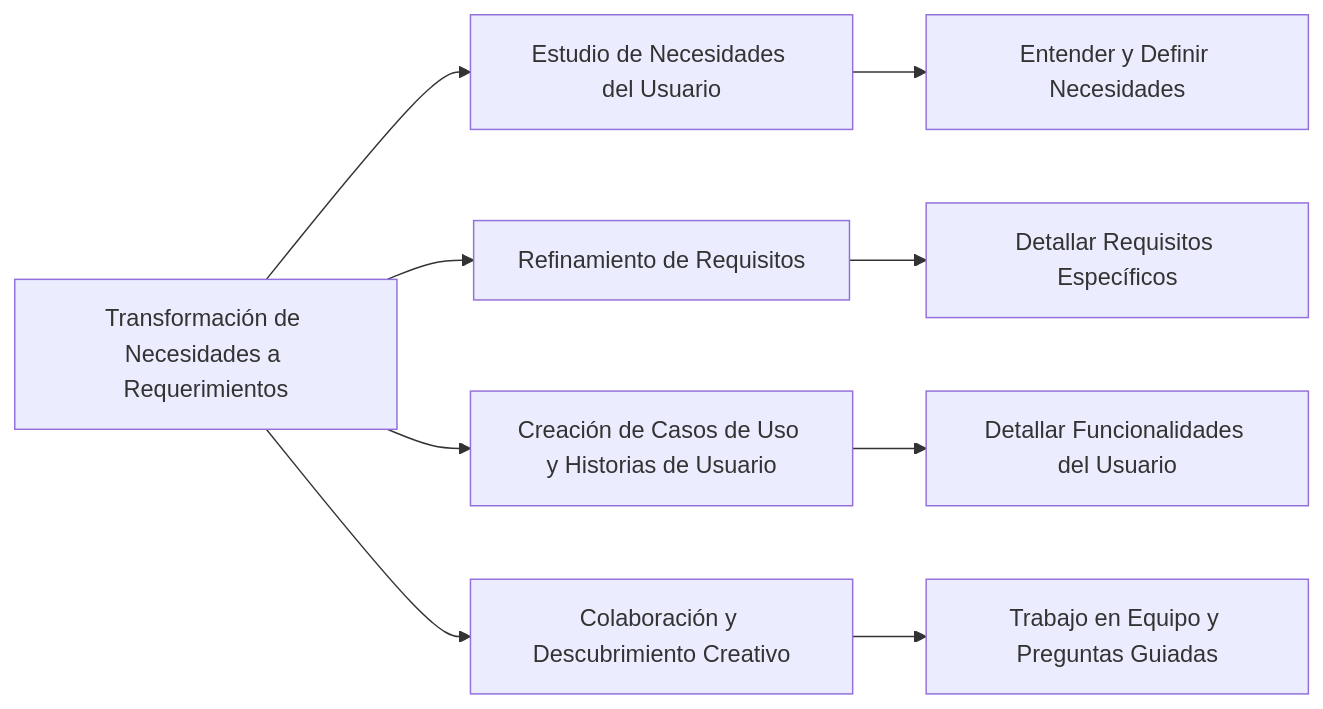
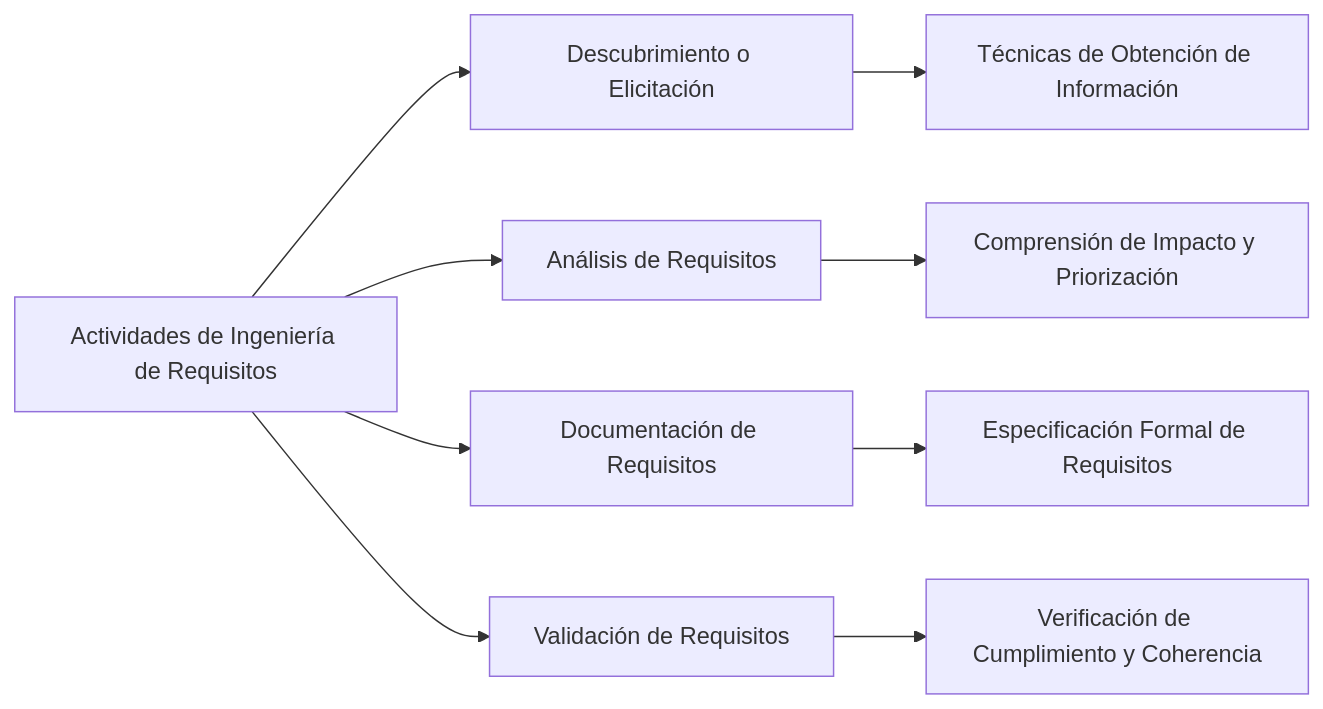
Before and after one commit to IngenieriaDeRequerimientosDaVinci/preguntas: the diagram in Unidad 1/Cómo se transforma una necesidad del usuario en un requerimiento de software/Pregunta.md, drawn with Mermaid. The commit also changed other lines of this file and 42 other files, not shown here.

````diff
--- a/Unidad 1/Cómo se transforma una necesidad del usuario en un requerimiento de software/Pregunta.md
+++ b/Unidad 1/Cómo se transforma una necesidad del usuario en un requerimiento de software/Pregunta.md
@@ -15,11 +11,11 @@
 ```mermaid
 graph LR
-    A[Transformación de Necesidades a Requerimientos] --> B[Estudio de Necesidades del Usuario]
-    A --> C[Refinamiento de Requisitos]
-    A --> D[Creación de Casos de Uso y Historias de Usuario]
-    A --> E[Colaboración y Descubrimiento Creativo]
-    B --> F[Entender y Definir Necesidades]
-    C --> G[Detallar Requisitos Específicos]
-    D --> H[Detallar Funcionalidades del Usuario]
-    E --> I[Trabajo en Equipo y Preguntas Guiadas]
+    A[Actividades de Ingeniería de Requisitos] --> B[Descubrimiento o Elicitación]
+    A --> C[Análisis de Requisitos]
+    A --> D[Documentación de Requisitos]
+    A --> E[Validación de Requisitos]
+    B --> F[Técnicas de Obtención de Información]
+    C --> G[Comprensión de Impacto y Priorización]
+    D --> H[Especificación Formal de Requisitos]
+    E --> I[Verificación de Cumplimiento y Coherencia]
 ```
````
